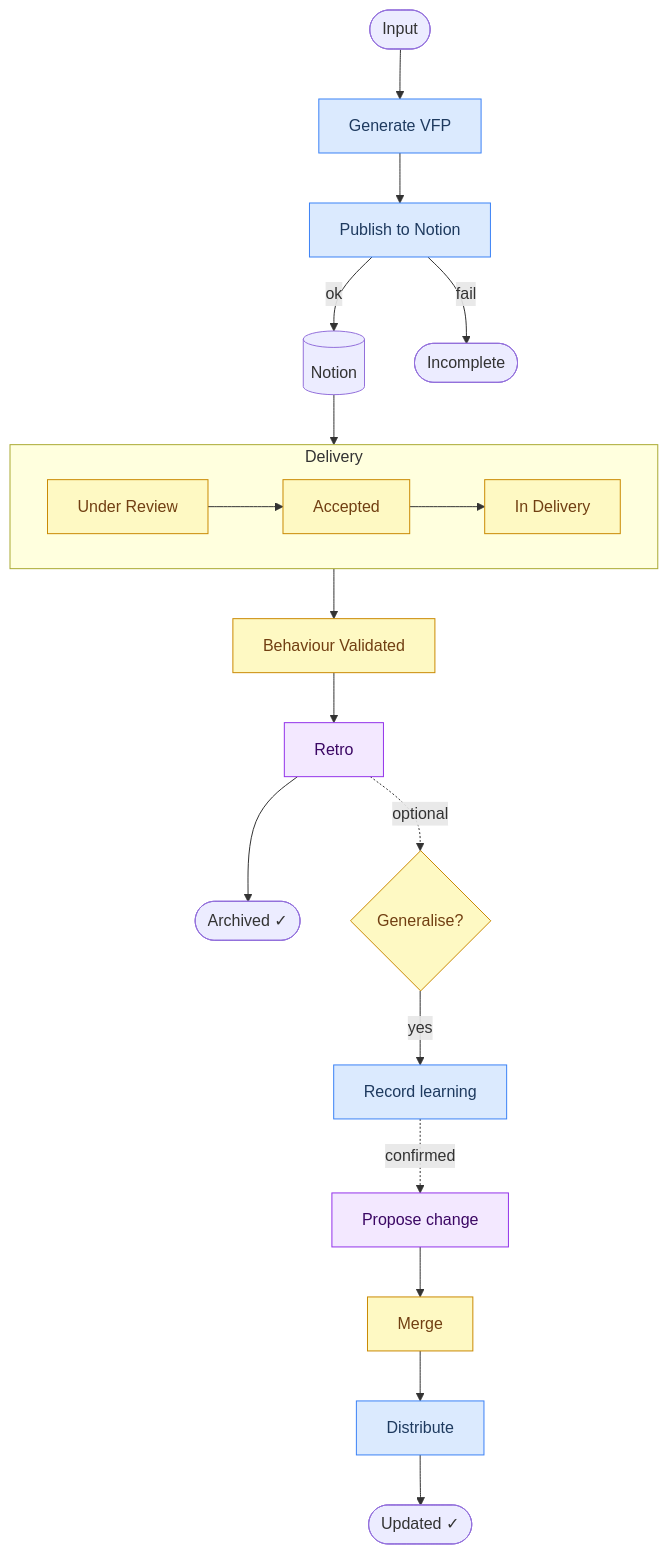
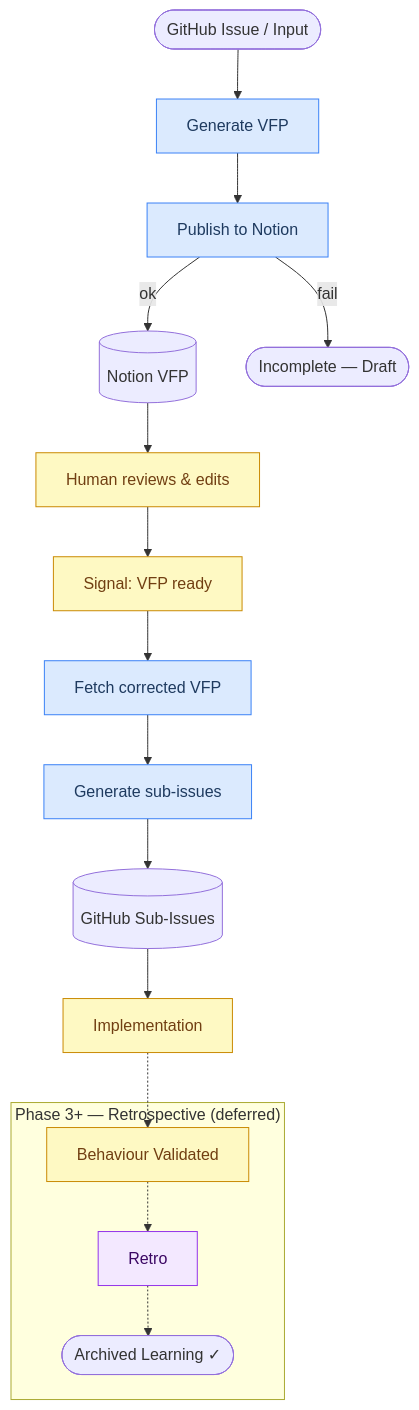
The diagram in README.md (jgleal/vfp-agent), drawn with Mermaid before and after one commit. The commit also changed other lines of this file and 1 other file, not shown here.

Commit message:
docs: update README and AGENTS.md for current phase
README:
- Opening: describe current two-phase flow (VFP generation + sub-issue breakdown)
- Mermaid: rewrite to show active flow (solid) + Phase 3+ retro path (dashed subgraph)
- 'How the agent works': remove retro section, add 'Generating GitHub sub-issues'
- Notion MCP description: remove retro reference
- Status lifecycle: note retro is Phase 3+
- Methodology docs list: mark retro-procedure.md as Phase 3+ spec

AGENTS.md:
- Description: 'generates VFPs, publishes to Notion, breaks down into GH sub-issues'
- §4.11 note: critical in current phase, drives sub-issue generation
- Active flow: add full flow diagram including sub-issue step
- Retrospective section: mark as 'Phase 3+ — deferred' with explicit deferred notice
- Learning loop: mark as 'Phase 3+ — deferred'
- Lifecycle: note that Behaviour Validated → retro is Phase 3+
- gh usage: add sub-issue create and link commands

````diff
--- a/README.md
+++ b/README.md
@@ -22,28 +22,27 @@
 ```mermaid
 flowchart TD
-    A([Input]) --> B[Generate VFP]:::agent
-    B --> D[Publish to Notion]:::agent
-    D -- ok --> E[(Notion)]
-    D -- fail --> F([Incomplete])
-    E --> G1
+    A([GitHub Issue / Input]) --> B[Generate VFP]:::agent
+    B --> C[Publish to Notion]:::agent
+    C -- ok --> D[(Notion VFP)]
+    C -- fail --> E([Incomplete — Draft])
+    D --> F[Human reviews & edits]:::human
+    F --> G[Signal: VFP ready]:::human
+    G --> H[Fetch corrected VFP]:::agent
+    H --> I[Generate sub-issues]:::agent
+    I --> J[(GitHub Sub-Issues)]
+    J --> K[Implementation]:::human
 
-    subgraph del[Delivery]
-        direction LR
-        G1[Under Review]:::human --> G2[Accepted]:::human
-        G2 --> G3[In Delivery]:::human
+    subgraph ph3["Phase 3+ — Retrospective (deferred)"]
+        L[Behaviour Validated]:::human
+        M[Retro]:::collab
+        N([Archived Learning ✓])
     end
 
-    G3 --> H[Behaviour Validated]:::human
-    H --> I[Retro]:::collab
-    I --> J([Archived ✓])
-    I -.->|optional| K{Generalise?}:::human
-    K -- yes --> M[Record learning]:::agent
-    M -.->|confirmed| P[Propose change]:::collab
-    P --> Q[Merge]:::human
-    Q --> R[Distribute]:::agent
-    R --> S([Updated ✓])
+    K -.-> L
+    L -.-> M
+    M -.-> N
 
     classDef agent fill:#dbeafe,stroke:#3b82f6,color:#1e3a5f
     classDef human fill:#fef9c3,stroke:#ca8a04,color:#713f12
     classDef collab fill:#f3e8ff,stroke:#9333ea,color:#3b0764
 ```
````
